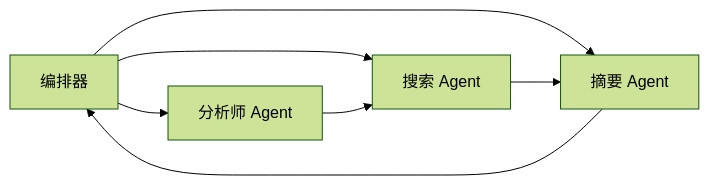
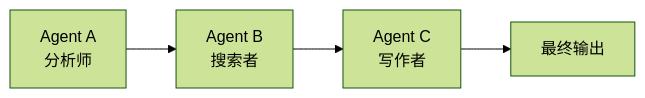
One commit to noisystreet/agent_keytech changed the diagram in source/chapter_04_multi_agent/02_orchestration.rst. Above: the diagram before and after it, drawn with Mermaid (forest theme). The commit also changed other lines of this file and 10 other files, not shown here.

```diff
--- a/source/chapter_04_multi_agent/02_orchestration.rst
+++ b/source/chapter_04_multi_agent/02_orchestration.rst
@@ -9,9 +19,6 @@
 .. mermaid::
 
    flowchart LR
-       Orc[编排器] --> A1[分析师 Agent]
-       Orc --> A2[搜索 Agent]
-       Orc --> A3[摘要 Agent]
-       A1 --> A2
-       A2 --> A3
-       A3 --> Orc
+       A1[Agent A<br>分析师] --> A2[Agent B<br>搜索者]
+       A2 --> A3[Agent C<br>写作者]
+       A3 --> Result[最终输出]
```
